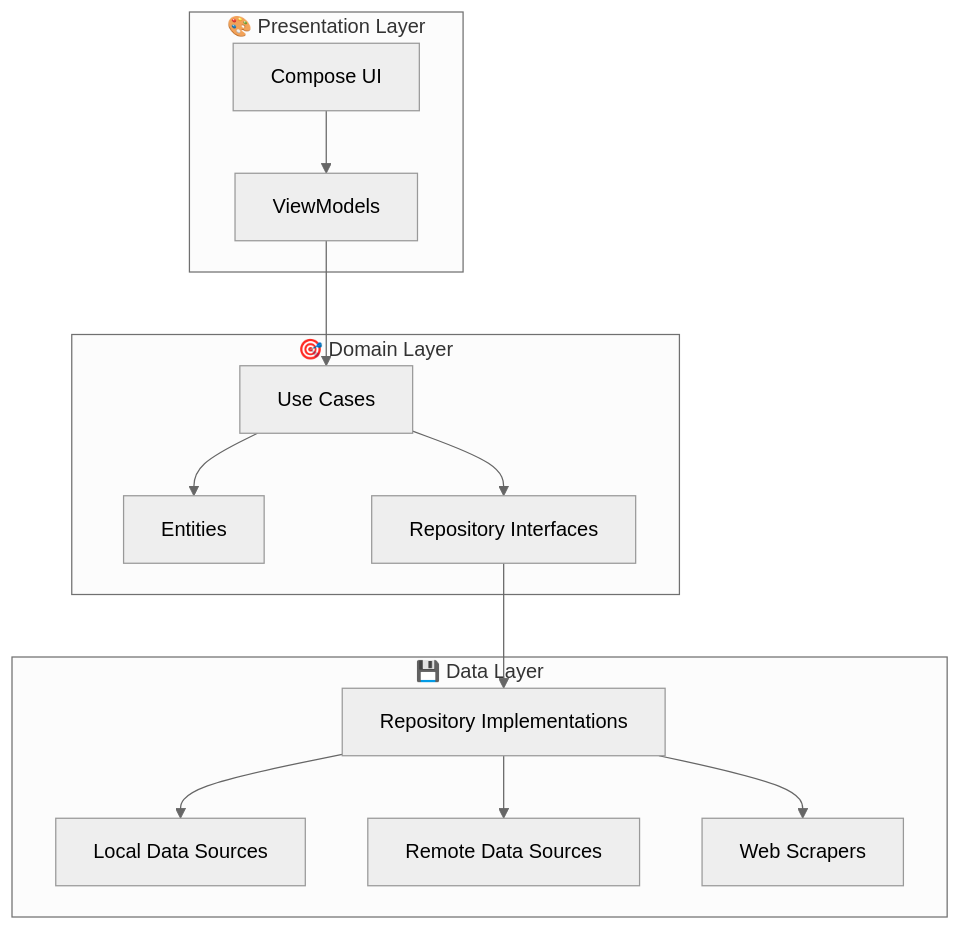
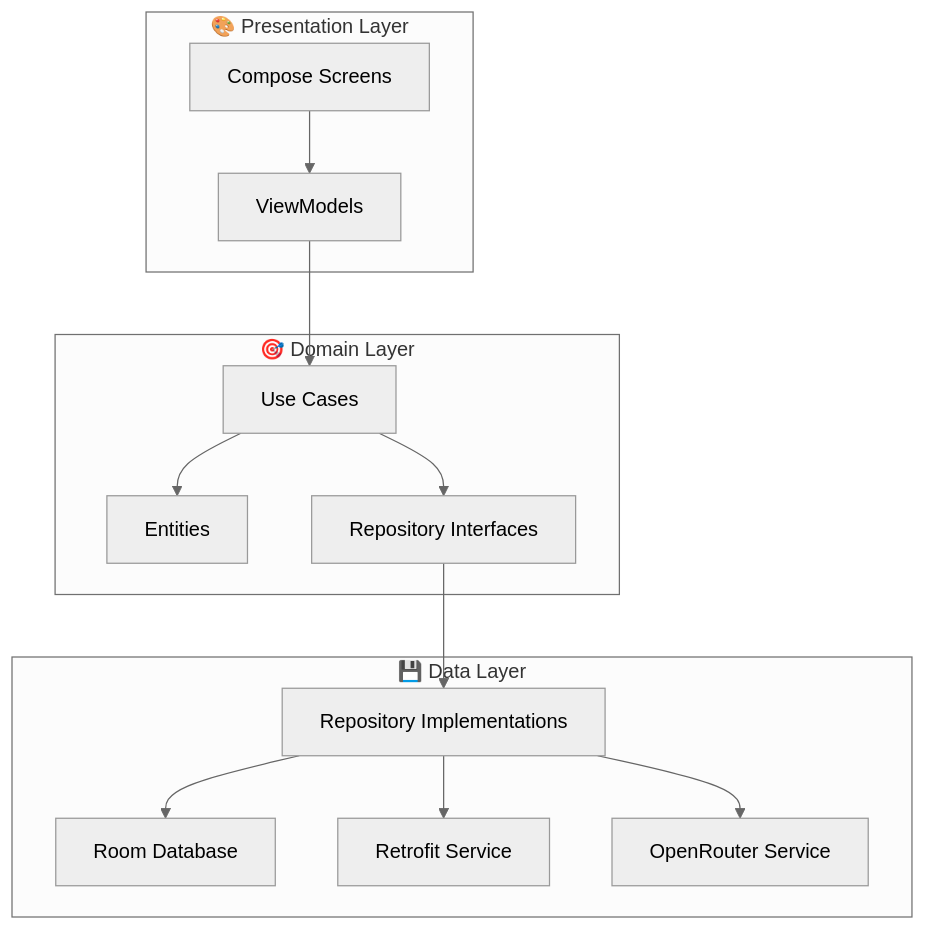
Before and after one commit to undead2146/NexusNews: the first of 2 diagrams in docs/architecture/index.md, drawn with Mermaid (neutral theme). The commit also changed other lines of this file and 37 other files, not shown here.

````diff
--- a/docs/architecture/index.md
+++ b/docs/architecture/index.md
@@ -16,29 +16,29 @@
 ```mermaid
 graph TB
     subgraph Presentation["🎨 Presentation Layer"]
-        UI[Compose UI]
+        UI[Compose Screens]
         VM[ViewModels]
     end
-    
+
     subgraph Domain["🎯 Domain Layer"]
         UC[Use Cases]
         ENT[Entities]
         REPO_INT[Repository Interfaces]
     end
-    
+
     subgraph Data["💾 Data Layer"]
         REPO_IMPL[Repository Implementations]
-        LOCAL[Local Data Sources]
-        REMOTE[Remote Data Sources]
-        SCRAPERS[Web Scrapers]
+        LOCAL[Room Database]
+        REMOTE[Retrofit Service]
+        AI[OpenRouter Service]
     end
-    
+
     UI --> VM
     VM --> UC
     UC --> ENT
     UC --> REPO_INT
     REPO_INT --> REPO_IMPL
     REPO_IMPL --> LOCAL
     REPO_IMPL --> REMOTE
-    REPO_IMPL --> SCRAPERS
+    REPO_IMPL --> AI
 ```
````
